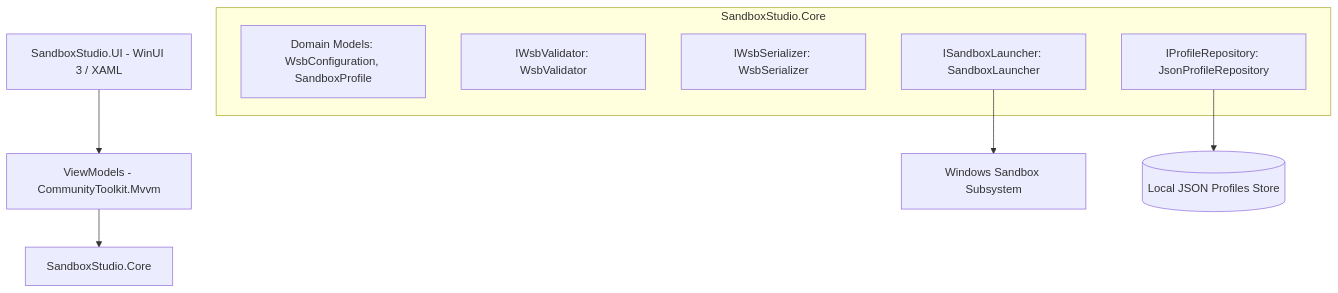
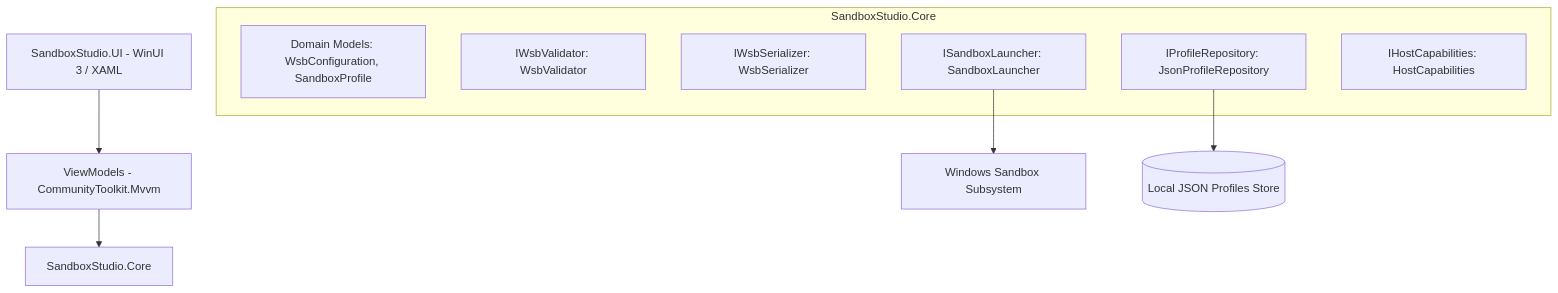
Before and after one commit to PAumedes/SandboxStudio: the first of 2 diagrams in ARCHITECTURE.md, drawn with Mermaid. The commit also changed other lines of this file and 14 other files, not shown here.

````diff
--- a/ARCHITECTURE.md
+++ b/ARCHITECTURE.md
@@ -5,16 +5,17 @@
 ```mermaid
 graph TD
     UI[SandboxStudio.UI - WinUI 3 / XAML] --> VM[ViewModels - CommunityToolkit.Mvvm]
     VM --> Core[SandboxStudio.Core]
     
     subgraph SandboxStudio.Core
         Models[Domain Models: WsbConfiguration, SandboxProfile]
         Validation[IWsbValidator: WsbValidator]
         Serialization[IWsbSerializer: WsbSerializer]
         Storage[IProfileRepository: JsonProfileRepository]
         Execution[ISandboxLauncher: SandboxLauncher]
+        Capabilities[IHostCapabilities: HostCapabilities]
     end
 
     Execution --> OS[Windows Sandbox Subsystem]
     Storage --> Disk[(Local JSON Profiles Store)]
 ```
````
